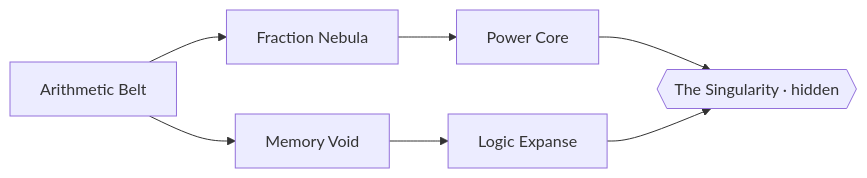
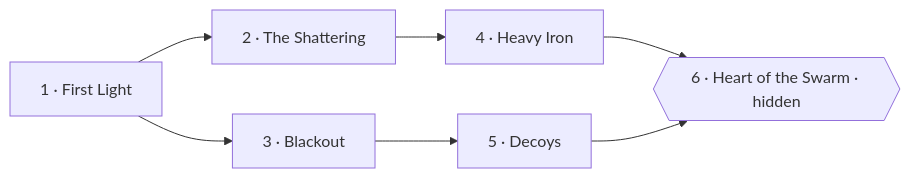
Before and after one commit to Arghyajit23-hub/Space-Maths-Game: the third of 4 diagrams in docs/FLOWMAP.md, drawn with Mermaid. The commit also changed other lines of this file and 15 other files, not shown here.

````diff
--- a/docs/FLOWMAP.md
+++ b/docs/FLOWMAP.md
@@ -155,9 +194,9 @@
 ```mermaid
 flowchart LR
-    S1[Arithmetic Belt] --> S2[Fraction Nebula]
-    S1 --> S3[Memory Void]
-    S2 --> S4[Power Core]
-    S3 --> S5[Logic Expanse]
-    S4 --> S6{{The Singularity · hidden}}
+    S1[1 · First Light] --> S2[2 · The Shattering]
+    S1 --> S3[3 · Blackout]
+    S2 --> S4[4 · Heavy Iron]
+    S3 --> S5[5 · Decoys]
+    S4 --> S6{{6 · Heart of the Swarm · hidden}}
     S5 --> S6
 ```
````
